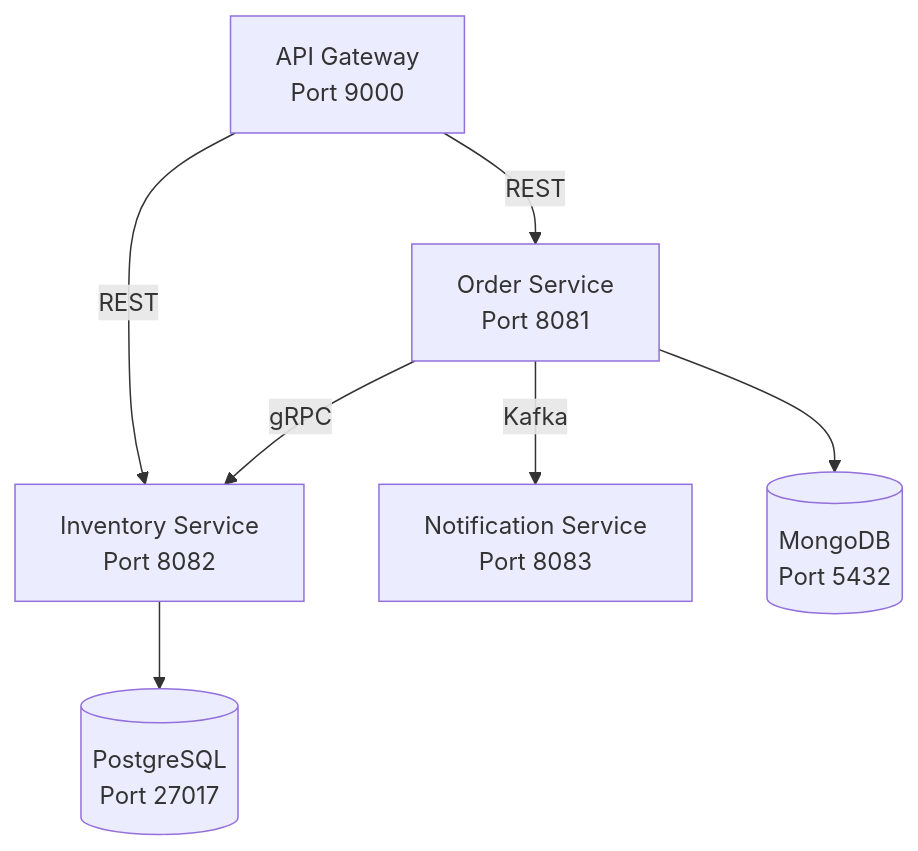
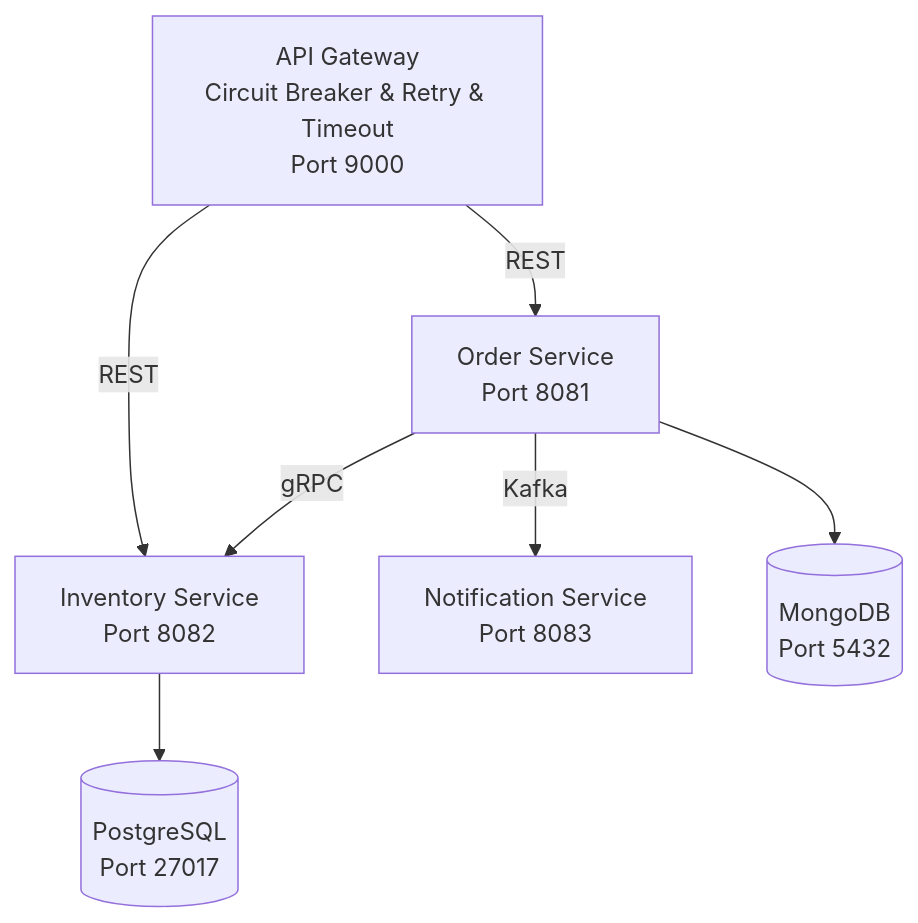
The diagram in lab4/readme.md (zeli8888/COMP41720-Distributed-Systems), drawn with Mermaid before and after one commit.

````diff
--- a/lab4/readme.md
+++ b/lab4/readme.md
@@ -5,10 +5,10 @@
 ```mermaid
 graph TB
     AG[API Gateway<br/>Circuit Breaker & Retry & Timeout<br/>Port 9000] -->|REST| OS[Order Service<br/>Port 8081]
-    AG[API Gateway<br/>Port 9000] -->|REST| IS[Inventory Service<br/>Port 8082]
+    AG[API Gateway<br/>Circuit Breaker & Retry & Timeout<br/>Port 9000] -->|REST| IS[Inventory Service<br/>Port 8082]
     OS -->|gRPC| IS[Inventory Service<br/>Port 8082]
     OS -->|Kafka| NS[Notification Service<br/>Port 8083]
     
     OS --> MD[(MongoDB<br/>Port 5432)]
     IS --> PD[(PostgreSQL<br/>Port 27017)]
 ```
````
